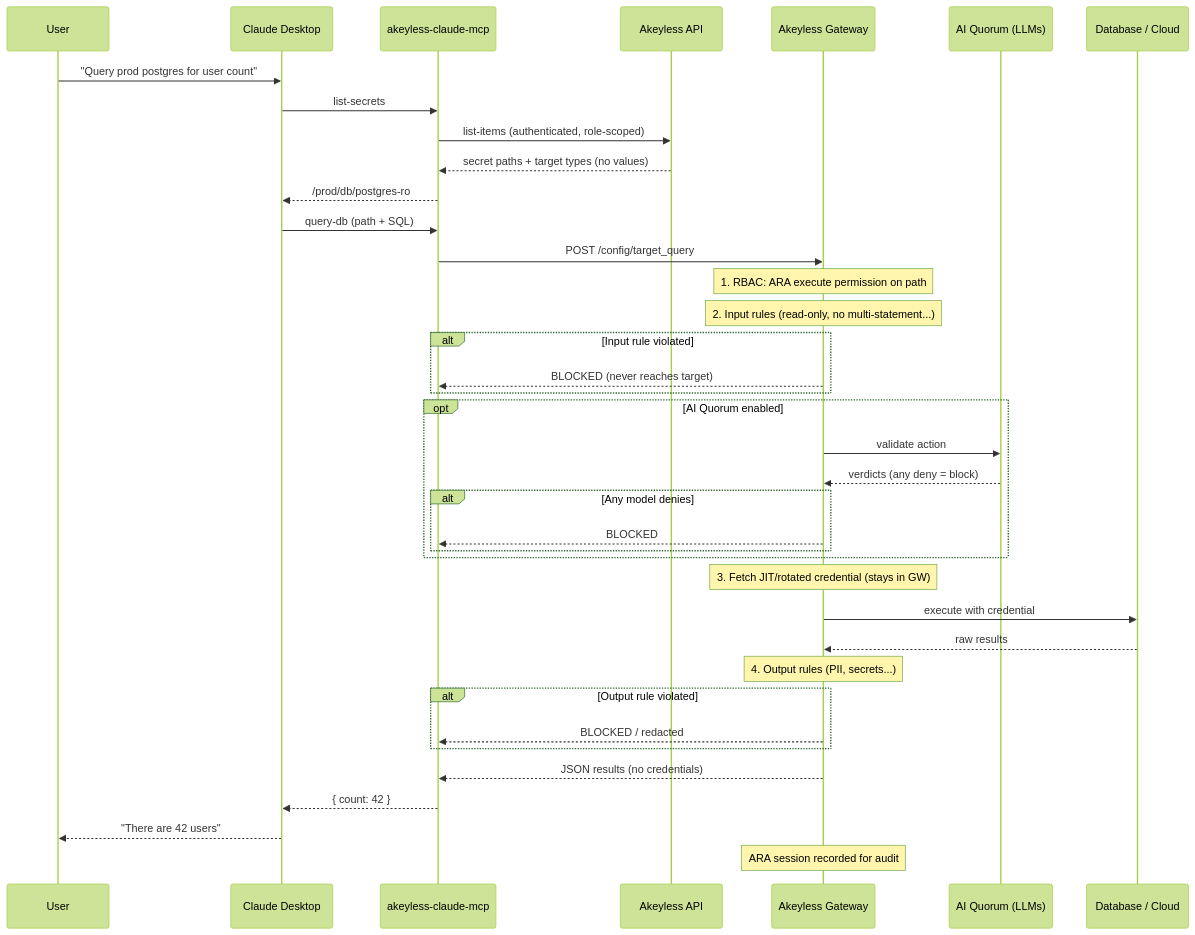
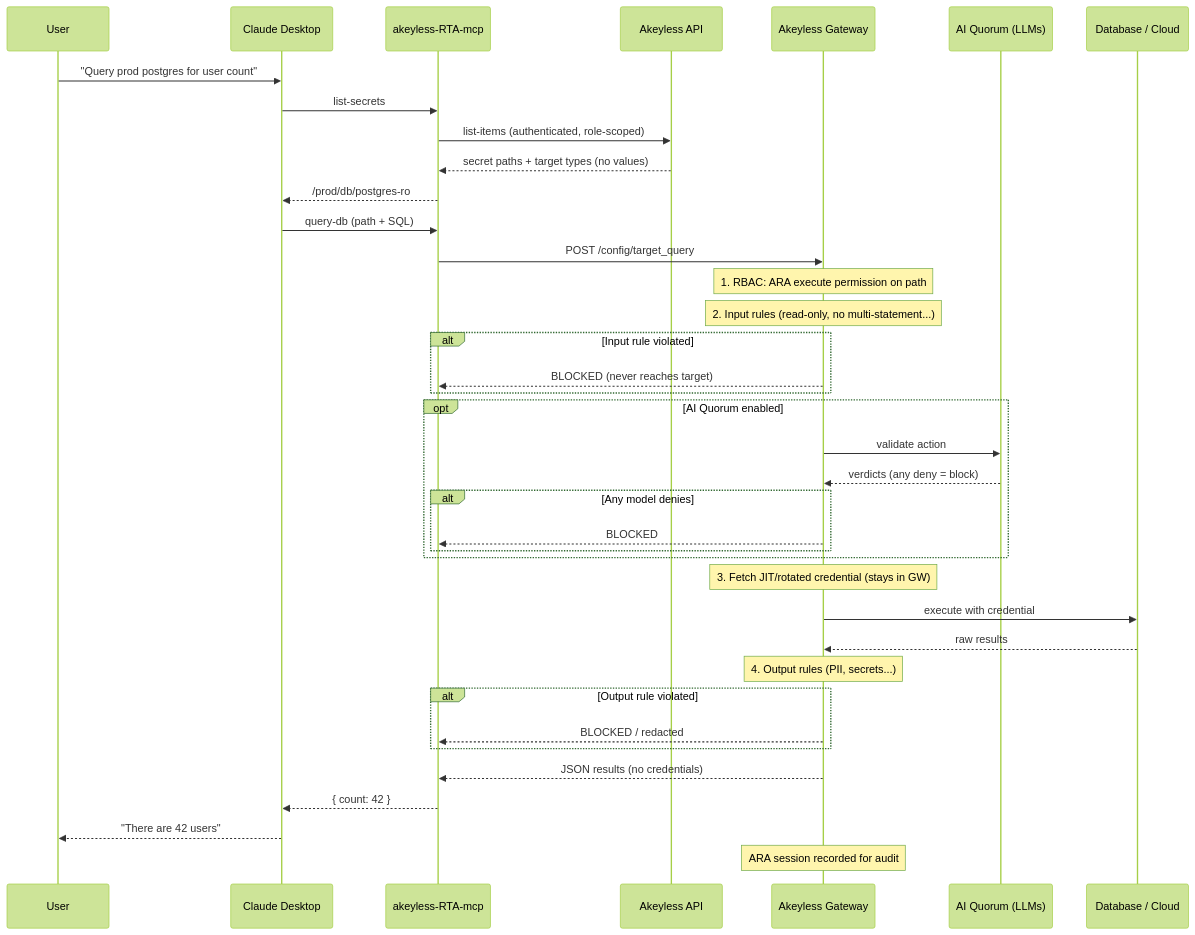
The diagram in README.md (akeyless-community/claude-akeyless-connector), drawn with Mermaid (forest theme) before and after one commit.

Commit message:
Rename MCP participant to akeyless-RTA-mcp in README diagram

````diff
--- a/README.md
+++ b/README.md
@@ -94,41 +94,41 @@
 ```mermaid
 sequenceDiagram
     participant U as User
     participant C as Claude Desktop
-    participant M as akeyless-claude-mcp
+    participant M as akeyless-RTA-mcp
     participant A as Akeyless API
     participant G as Akeyless Gateway
     participant L as AI Quorum (LLMs)
     participant R as Database / Cloud
 
     U->>C: "Query prod postgres for user count"
     C->>M: list-secrets
     M->>A: list-items (authenticated, role-scoped)
     A-->>M: secret paths + target types (no values)
     M-->>C: /prod/db/postgres-ro
     C->>M: query-db (path + SQL)
     M->>G: POST /config/target_query
     Note over G: 1. RBAC: ARA execute permission on path
     Note over G: 2. Input rules (read-only, no multi-statement...)
     alt Input rule violated
         G-->>M: BLOCKED (never reaches target)
     end
     opt AI Quorum enabled
         G->>L: validate action
         L-->>G: verdicts (any deny = block)
         alt Any model denies
             G-->>M: BLOCKED
         end
     end
     Note over G: 3. Fetch JIT/rotated credential (stays in GW)
     G->>R: execute with credential
     R-->>G: raw results
     Note over G: 4. Output rules (PII, secrets...)
     alt Output rule violated
         G-->>M: BLOCKED / redacted
     end
     G-->>M: JSON results (no credentials)
     M-->>C: { count: 42 }
     C-->>U: "There are 42 users"
     Note over G: ARA session recorded for audit
 ```
````
